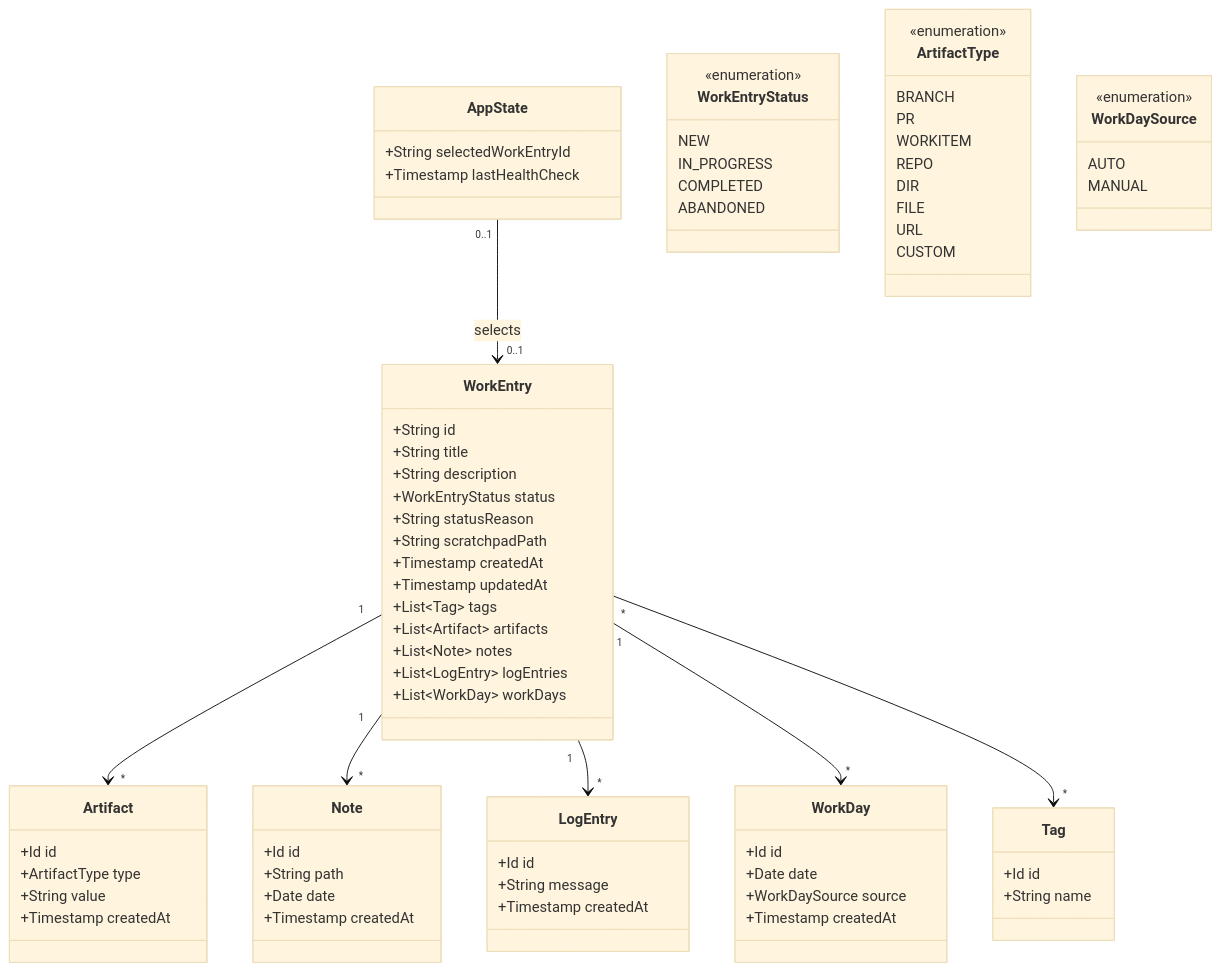
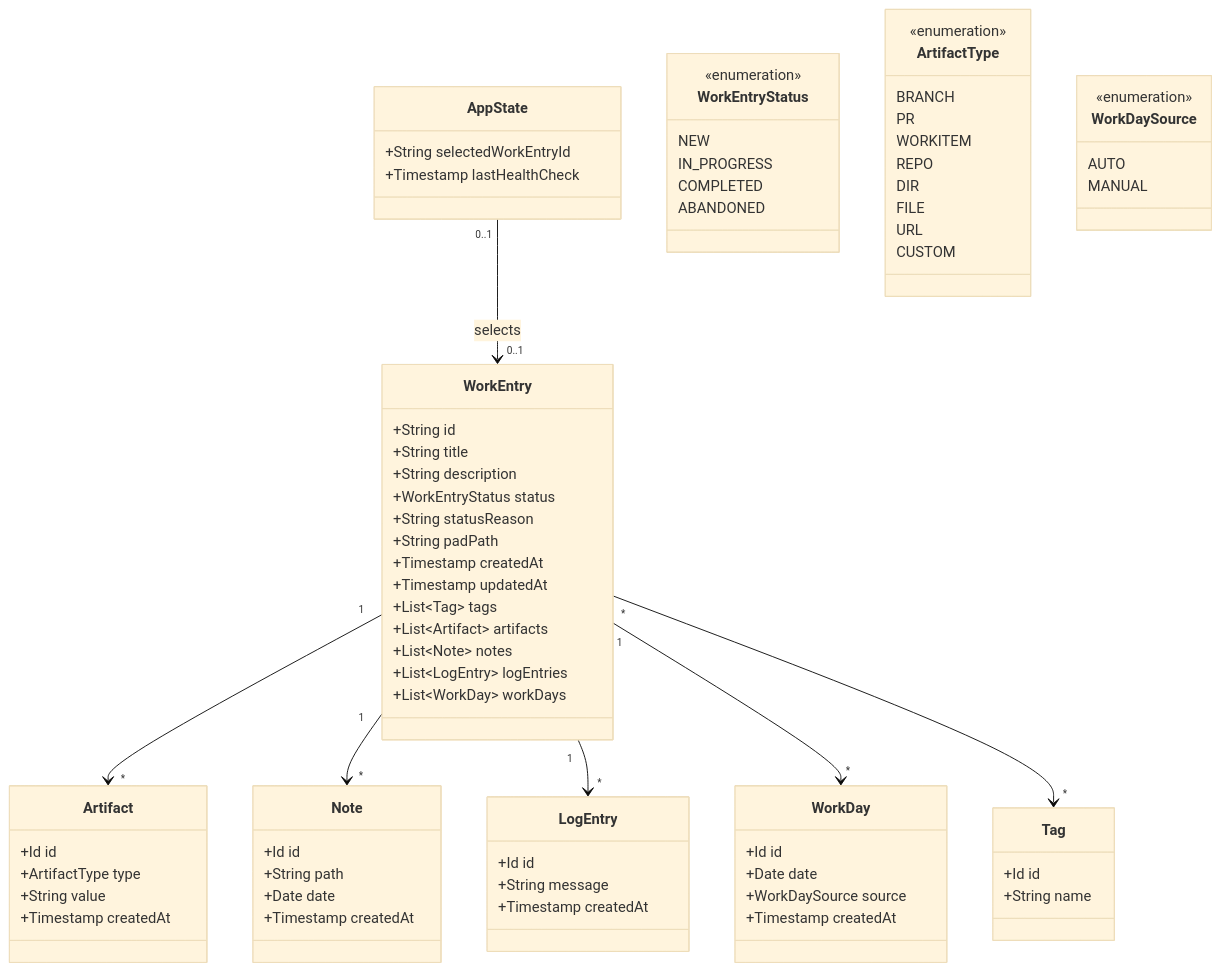
Before and after one commit to lydietoure/orbit: the second of 2 diagrams in docs/DATA_MODEL.md, drawn with Mermaid (base theme). The commit also changed other lines of this file and 53 other files, not shown here.

```diff
--- a/docs/DATA_MODEL.md
+++ b/docs/DATA_MODEL.md
@@ -116,7 +116,7 @@
         +String description
         +WorkEntryStatus status
         +String statusReason
-        +String scratchpadPath
+        +String padPath
         +Timestamp createdAt
         +Timestamp updatedAt
         +List~Tag~ tags
```
